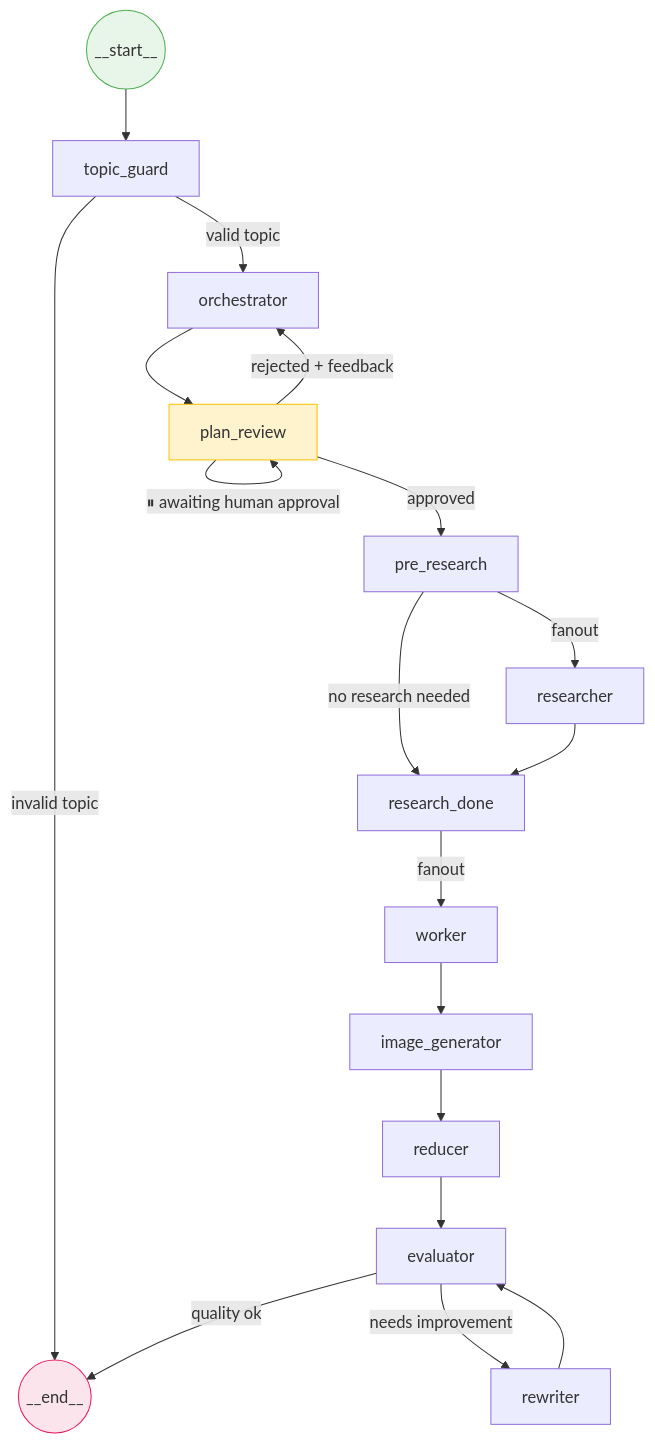
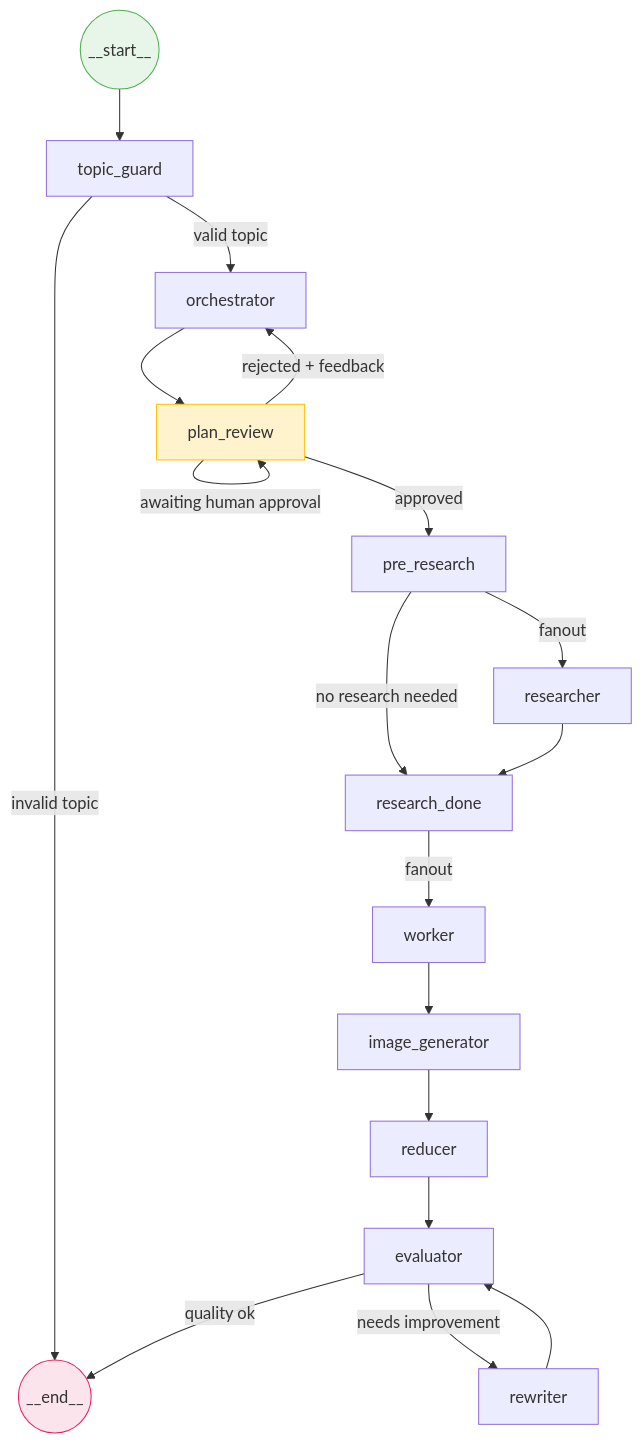
Before and after one commit to abhisaini880/blog-ai-agent: the diagram in readme.md, drawn with Mermaid.

````diff
--- a/readme.md
+++ b/readme.md
@@ -23,31 +23,31 @@
 ```mermaid
 flowchart TD
     START((__start__)) --> topic_guard
 
     topic_guard -->|valid topic| orchestrator
     topic_guard -->|invalid topic| END((__end__))
 
     orchestrator --> plan_review
 
-    plan_review -->|"⏸ awaiting human approval"| plan_review
+    plan_review -->|awaiting human approval| plan_review
     plan_review -->|approved| pre_research
     plan_review -->|rejected + feedback| orchestrator
 
     pre_research -->|fanout| researcher
     pre_research -->|no research needed| research_done
 
     researcher --> research_done
     research_done -->|fanout| worker
 
     worker --> image_generator
     image_generator --> reducer
     reducer --> evaluator
 
     evaluator -->|quality ok| END
     evaluator -->|needs improvement| rewriter
     rewriter --> evaluator
 
     style plan_review fill:#fff3cd,stroke:#ffc107
     style START fill:#e8f5e9,stroke:#4caf50
     style END fill:#fce4ec,stroke:#e91e63
 ```
````
